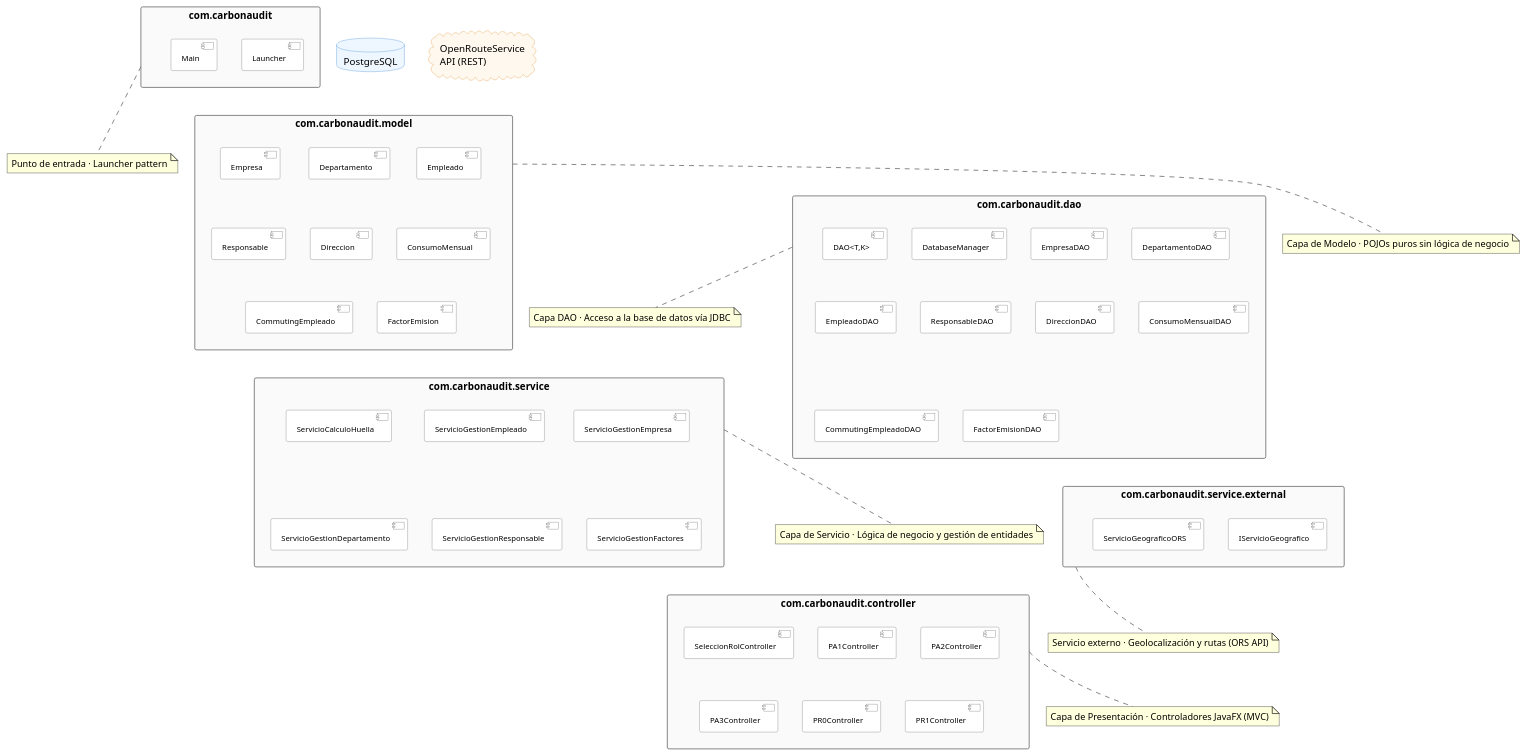
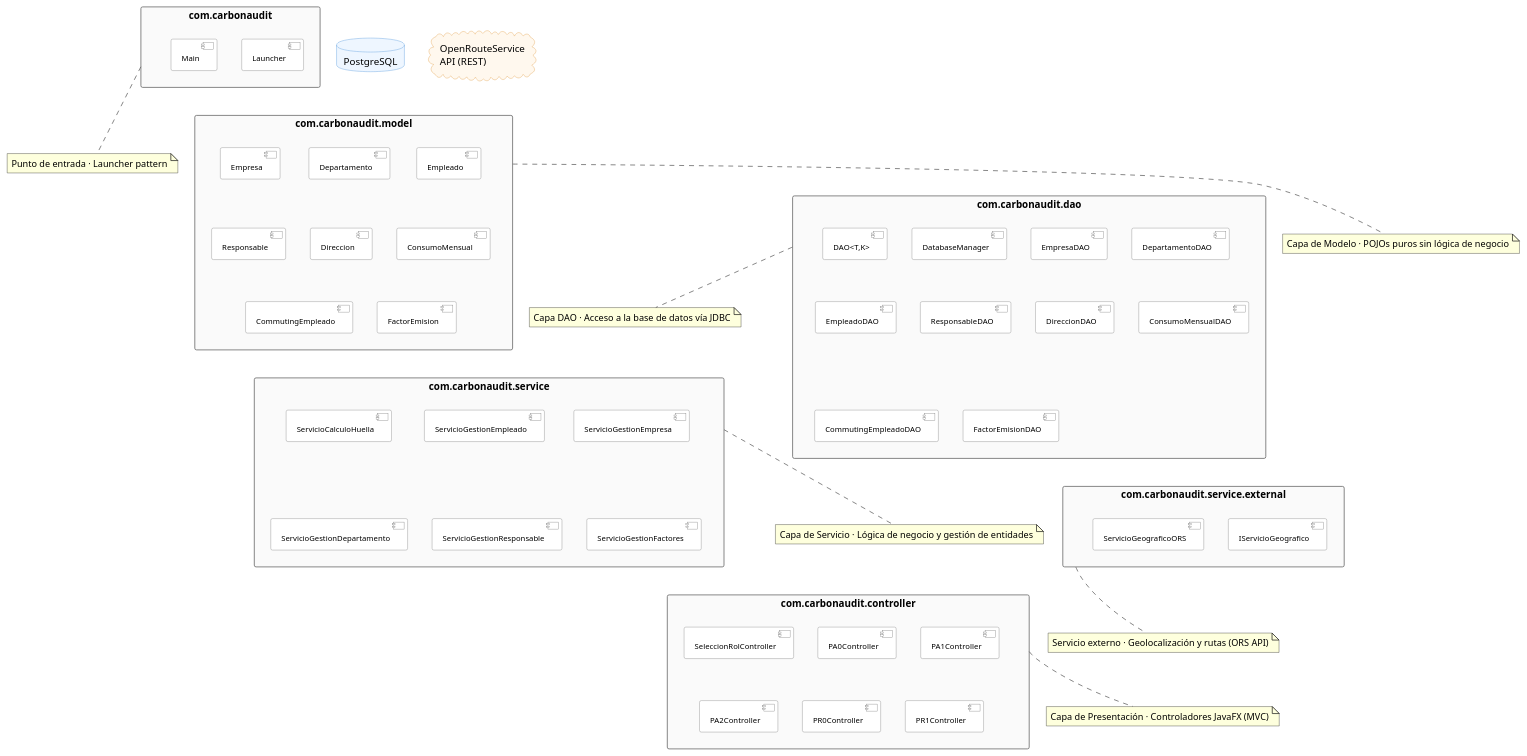
One commit to noeparamenos/carbonAudit_manager changed the diagram in docs/diagrams/diagrama_paquetes.puml. Above: the diagram before and after it, drawn with PlantUML. The commit also changed 33 other files, not shown here.

```diff
--- a/docs/diagrams/diagrama_paquetes.puml
+++ b/docs/diagrams/diagrama_paquetes.puml
@@ -1,105 +1,105 @@
 @startuml Diagrama de Paquetes - CarbonAudit Manager
 
 top to bottom direction
 skinparam packageStyle rectangle
 skinparam package {
     BackgroundColor #FAFAFA
     BorderColor #555
     FontStyle bold
 }
 skinparam component {
     BackgroundColor White
     BorderColor #777
     FontSize 11
 }
 skinparam database {
     BackgroundColor #EEF6FF
     BorderColor #4A90D9
 }
 skinparam cloud {
     BackgroundColor #FFF8EE
     BorderColor #E0963A
 }
 skinparam arrow {
     Color #555
     FontSize 10
 }
 skinparam shadowing false
 
 ' ========================= PAQUETES INTERNOS =========================
 
 package "com.carbonaudit" as Root {
     [Launcher]
     [Main]
 }
 
 package "com.carbonaudit.model" as Model {
     [Empresa]
     [Departamento]
     [Empleado]
     [Responsable]
     [Direccion]
     [ConsumoMensual]
     [CommutingEmpleado]
     [FactorEmision]
 }
 
 package "com.carbonaudit.dao" as Dao {
     [DAO<T,K>]
     [DatabaseManager]
     [EmpresaDAO]
     [DepartamentoDAO]
     [EmpleadoDAO]
     [ResponsableDAO]
     [DireccionDAO]
     [ConsumoMensualDAO]
     [CommutingEmpleadoDAO]
     [FactorEmisionDAO]
 }
 
 package "com.carbonaudit.service" as Service {
     [ServicioCalculoHuella]
     [ServicioGestionEmpleado]
     [ServicioGestionEmpresa]
     [ServicioGestionDepartamento]
     [ServicioGestionResponsable]
     [ServicioGestionFactores]
 }
 
 package "com.carbonaudit.service.external" as ServiceExt {
     [IServicioGeografico]
     [ServicioGeograficoORS]
 }
 
 package "com.carbonaudit.controller" as Controller {
     [SeleccionRolController]
+    [PA0Controller]
     [PA1Controller]
     [PA2Controller]
-    [PA3Controller]
     [PR0Controller]
     [PR1Controller]
 }
 
 ' ========================= SISTEMAS EXTERNOS =========================
 
 database "PostgreSQL" as DB
 cloud "OpenRouteService\nAPI (REST)" as ORS
 
 ' ========================= ORDEN VERTICAL (enlaces ocultos) ==========
 
 Root       -[hidden]d-> Model
 Model      -[hidden]d-> Dao
 Dao        -[hidden]d-> Service
 Service    -[hidden]d-> ServiceExt
 ServiceExt -[hidden]d-> Controller
 
 ' ========================= NOTAS DESCRIPTIVAS =========================
 
 note bottom of Root       : Punto de entrada · Launcher pattern
 note bottom of Model      : Capa de Modelo · POJOs puros sin lógica de negocio
 note bottom of Dao        : Capa DAO · Acceso a la base de datos vía JDBC
 note bottom of Service    : Capa de Servicio · Lógica de negocio y gestión de entidades
 note bottom of ServiceExt : Servicio externo · Geolocalización y rutas (ORS API)
 note bottom of Controller : Capa de Presentación · Controladores JavaFX (MVC)
 
 @enduml
```
